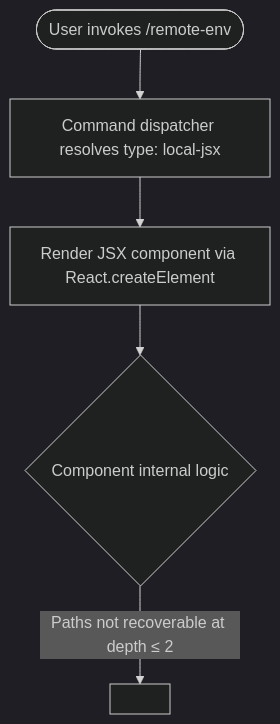
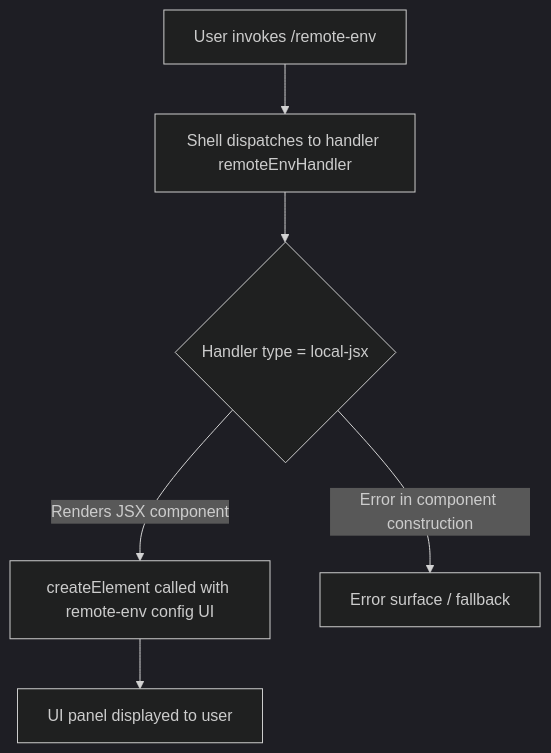
One commit to MyLittleLuckyDog/cc-gnothi changed the diagram in versions/v2.1.132/remote-env.md. Above: the diagram before and after it, drawn with Mermaid (dark theme). The commit also changed other lines of this file and 96 other files, not shown here.

````diff
--- a/versions/v2.1.132/remote-env.md
+++ b/versions/v2.1.132/remote-env.md
@@ -45,7 +54,8 @@
 ```mermaid
 flowchart TD
-    A([User invokes /remote-env]) --> B[Command dispatcher resolves type: local-jsx]
-    B --> C[Render JSX component via React.createElement]
-    C --> D{Component internal logic}
-    D -->|Paths not recoverable at depth ≤ 2| E[<!-- TODO: not found in depth-2 traversal; needs --depth 4 -->]
+    A[User invokes /remote-env] --> B[Shell dispatches to handler remoteEnvHandler]
+    B --> C{Handler type = local-jsx}
+    C -->|Renders JSX component| D[createElement called with remote-env config UI]
+    D --> E[UI panel displayed to user]
+    C -->|Error in component construction| F[Error surface / fallback]
 ```
````
